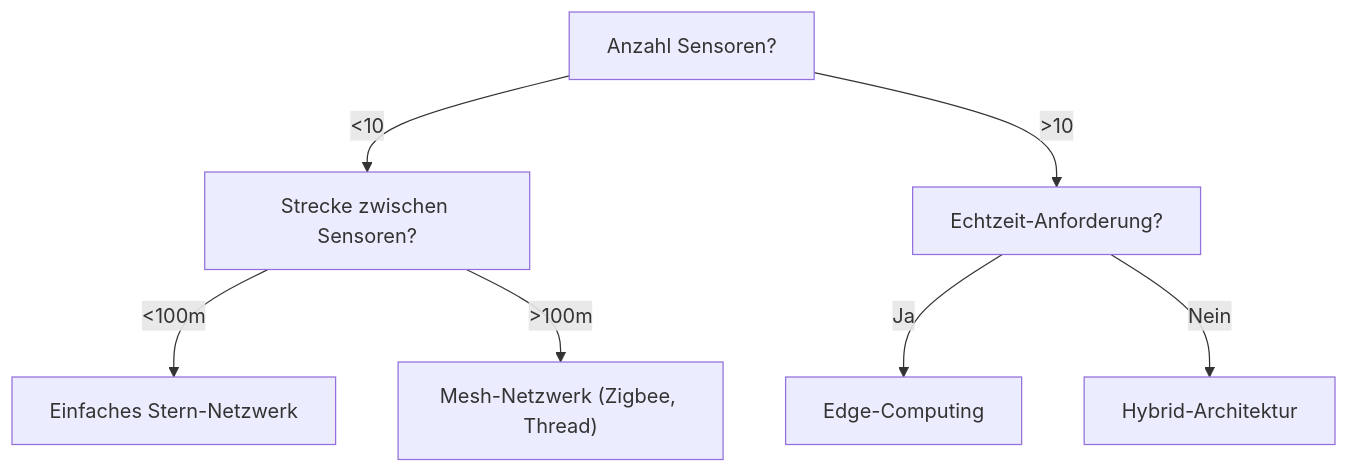
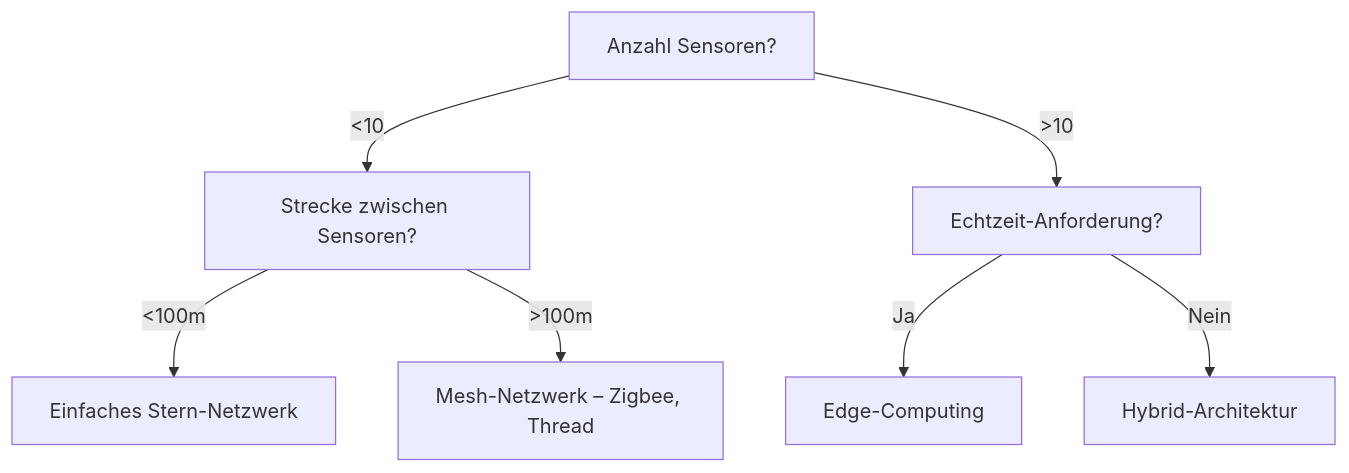
Before and after one commit to ITDavid04/Bibliothek-Lern-Wiki: the fifth of 5 diagrams in Iot_2026 Lernfeld_7/1.Deepdive_IoT_Komponenten_Topologien.md, drawn with Mermaid. The commit also changed other lines of this file, not shown here.

Commit message:
Bug behoben Punkt 4 Entcheidungsbaum defektes Maimaid

````diff
--- a/Iot_2026 Lernfeld_7/1.Deepdive_IoT_Komponenten_Topologien.md
+++ b/Iot_2026 Lernfeld_7/1.Deepdive_IoT_Komponenten_Topologien.md
@@ -162,9 +162,9 @@
 ```mermaid
 graph TD
     A[Anzahl Sensoren?] -->|<10| B[Strecke zwischen Sensoren?]
     A -->|>10| C[Echtzeit-Anforderung?]
     B -->|<100m| D[Einfaches Stern-Netzwerk]
-    B -->|>100m| E["Mesh-Netzwerk (Zigbee, Thread)"]
+    B -->|>100m| E["Mesh-Netzwerk – Zigbee, Thread"]
     C -->|Ja| F[Edge-Computing]
     C -->|Nein| G[Hybrid-Architektur]
 ```
````
